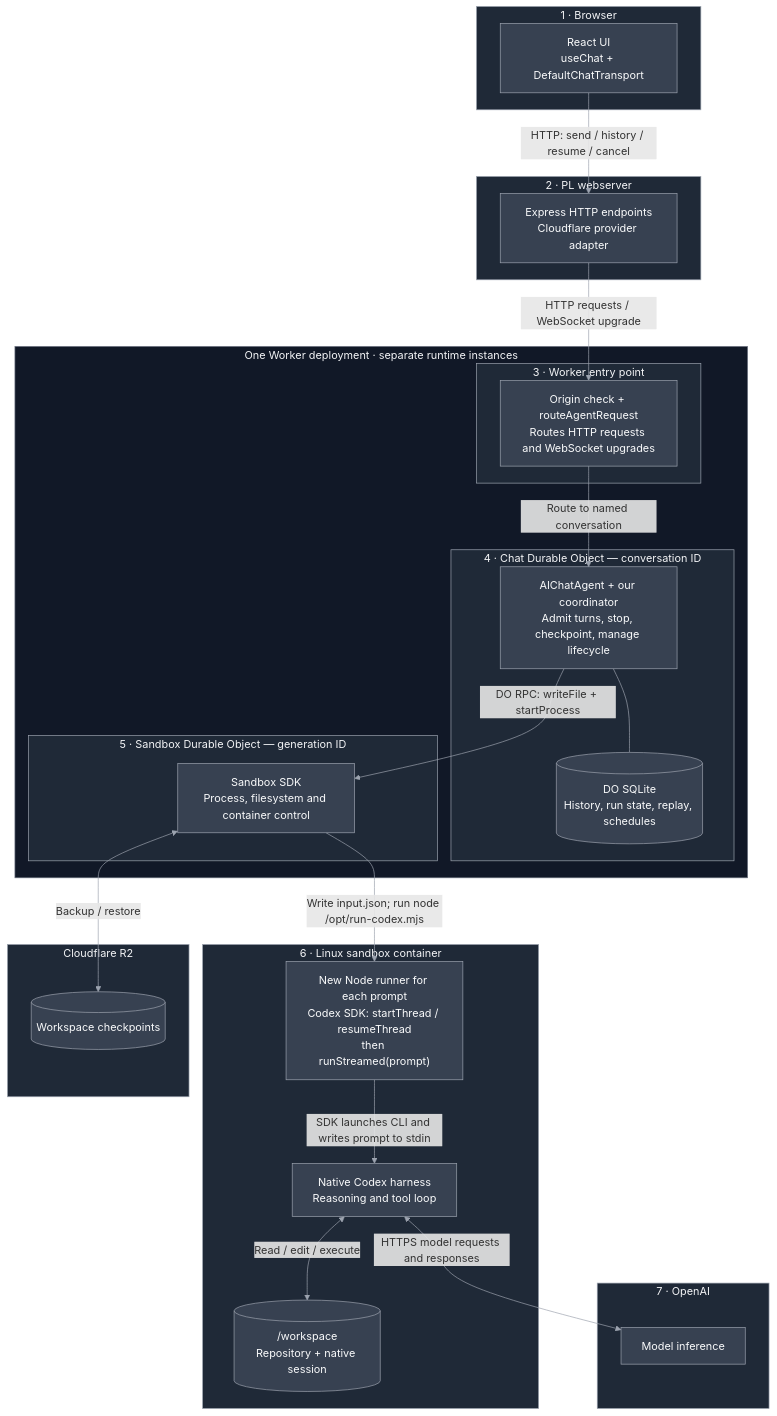
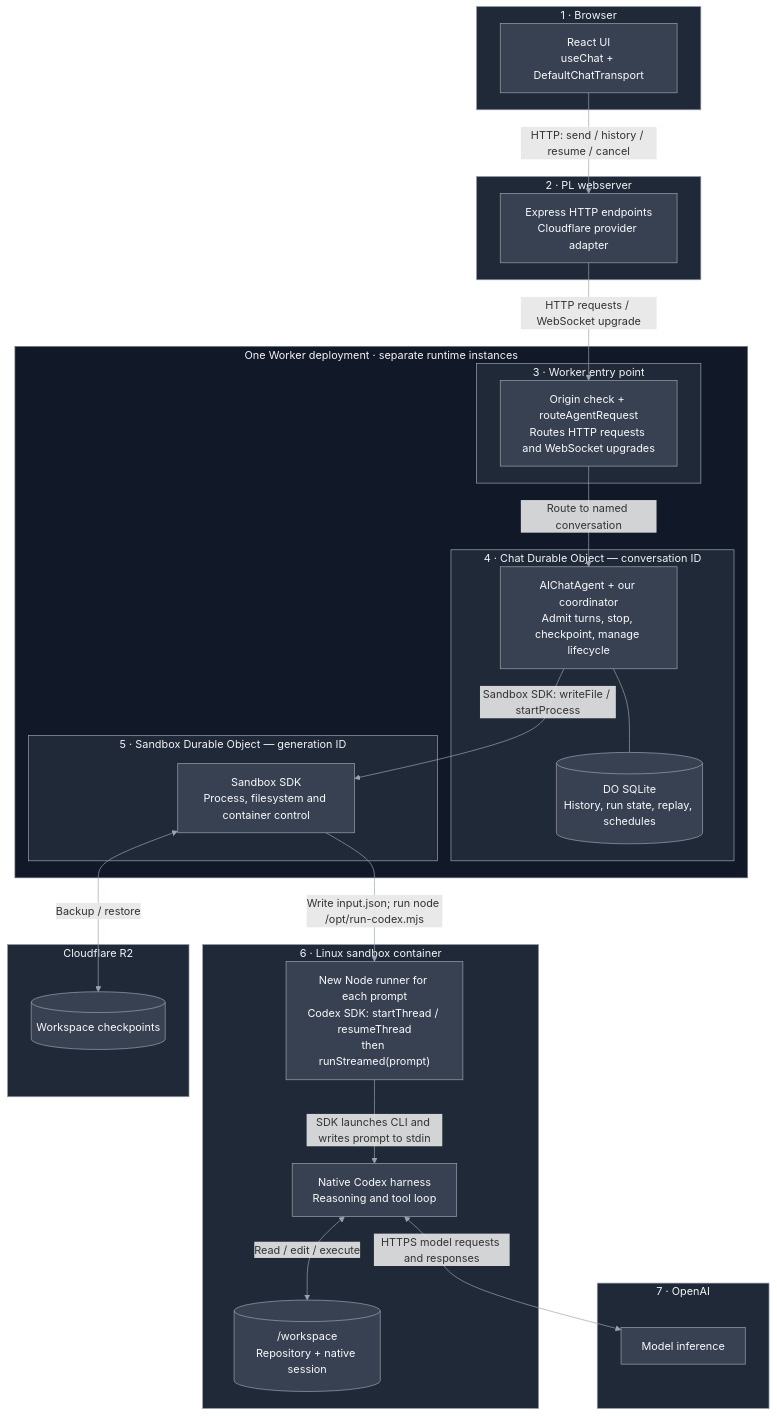
The first of 3 diagrams in docs/architecture.md (miguelaenlle/cloudflare-agents-sdk-test), drawn with Mermaid before and after one commit. The commit also changed other lines of this file, not shown here.

Commit message:
Clarify SDK-managed communication in architecture docs

````diff
--- a/docs/architecture.md
+++ b/docs/architecture.md
@@ -21,55 +21,55 @@
 ```mermaid
 flowchart TB
     subgraph browser["1 · Browser"]
         UI["React UI<br/>useChat + DefaultChatTransport"]
     end
     subgraph backend["2 · PL webserver"]
         Relay["Express HTTP endpoints<br/>Cloudflare provider adapter"]
     end
     subgraph cloudflare["One Worker deployment · separate runtime instances"]
         subgraph entry["3 · Worker entry point"]
             Router["Origin check + routeAgentRequest<br/>Routes HTTP requests and WebSocket upgrades"]
         end
         subgraph chat["4 · Chat Durable Object — conversation ID"]
             Coordinator["AIChatAgent + our coordinator<br/>Admit turns, stop, checkpoint, manage lifecycle"]
             SQLite[("DO SQLite<br/>History, run state, replay, schedules")]
         end
         subgraph control["5 · Sandbox Durable Object — generation ID"]
             SandboxAPI["Sandbox SDK<br/>Process, filesystem and container control"]
         end
     end
     subgraph container["6 · Linux sandbox container"]
         Runner["New Node runner for each prompt<br/>Codex SDK: startThread / resumeThread<br/>then runStreamed(prompt)"]
         Codex["Native Codex harness<br/>Reasoning and tool loop"]
         Files[("/workspace<br/>Repository + native session")]
     end
     subgraph model["7 · OpenAI"]
         Inference["Model inference"]
     end
     subgraph storage["Cloudflare R2"]
         Backup[("Workspace checkpoints")]
     end
 
     UI -->|"HTTP: send / history / resume / cancel"| Relay
     Relay -->|"HTTP requests / WebSocket upgrade"| Router
     Router -->|"Route to named conversation"| Coordinator
-    Coordinator -->|"DO RPC: writeFile + startProcess"| SandboxAPI
+    Coordinator -->|"Sandbox SDK: writeFile / startProcess"| SandboxAPI
     Coordinator --- SQLite
     SandboxAPI -->|"Write input.json; run node /opt/run-codex.mjs"| Runner
     SandboxAPI <-->|"Backup / restore"| Backup
     Runner -->|"SDK launches CLI and writes prompt to stdin"| Codex
     Codex <-->|"Read / edit / execute"| Files
     Codex <-->|"HTTPS model requests and responses"| Inference
 
     classDef default fill:#374151,stroke:#9ca3af,color:#f9fafb
     style cloudflare fill:#111827,stroke:#6b7280,color:#f3f4f6
     style browser fill:#1f2937,stroke:#9ca3af,color:#f3f4f6
     style backend fill:#1f2937,stroke:#9ca3af,color:#f3f4f6
     style entry fill:#1f2937,stroke:#9ca3af,color:#f3f4f6
     style chat fill:#1f2937,stroke:#9ca3af,color:#f3f4f6
     style control fill:#1f2937,stroke:#9ca3af,color:#f3f4f6
     style container fill:#1f2937,stroke:#9ca3af,color:#f3f4f6
     style model fill:#1f2937,stroke:#9ca3af,color:#f3f4f6
     style storage fill:#1f2937,stroke:#9ca3af,color:#f3f4f6
     linkStyle default stroke:#9ca3af
 ```
````
